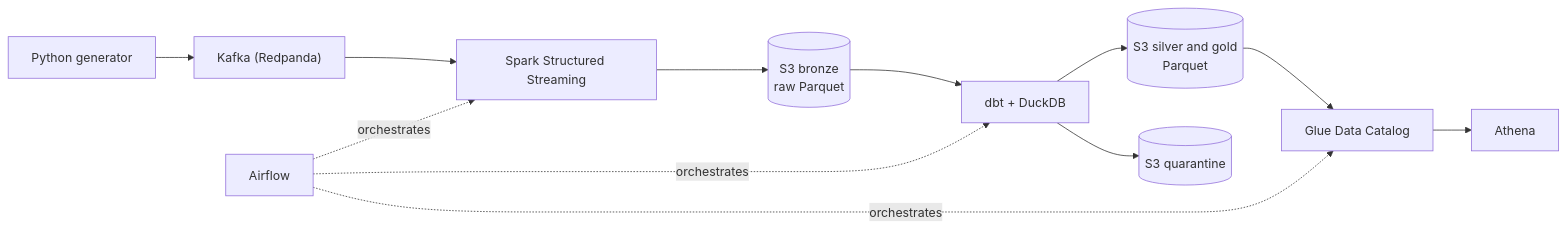
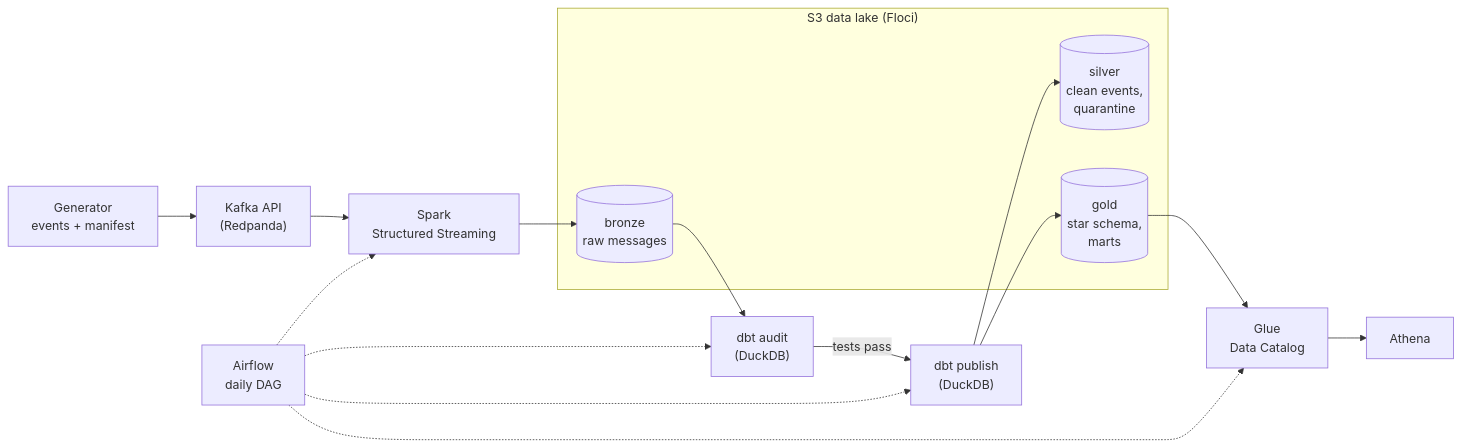
One commit to Plouplou37/sme-finance-lakehouse changed the diagram in README.md. Above: the diagram before and after it, drawn with Mermaid. The commit also changed other lines of this file, not shown here.

````diff
--- a/README.md
+++ b/README.md
@@ -16,14 +34,18 @@
 ```mermaid
 flowchart LR
-    G["Python generator"] --> K["Kafka (Redpanda)"]
-    K --> S["Spark Structured Streaming"]
-    S --> B[("S3 bronze<br/>raw Parquet")]
-    B --> D["dbt + DuckDB"]
-    D --> SG[("S3 silver and gold<br/>Parquet")]
-    D --> Q[("S3 quarantine")]
-    SG --> C["Glue Data Catalog"]
-    C --> A["Athena"]
-    AF["Airflow"] -. orchestrates .-> S
-    AF -. orchestrates .-> D
-    AF -. orchestrates .-> C
+    G["Generator<br/>events + manifest"] --> K["Kafka API<br/>(Redpanda)"]
+    K --> S["Spark<br/>Structured Streaming"]
+    subgraph LAKE ["S3 data lake (Floci)"]
+        B[("bronze<br/>raw messages")]
+        SV[("silver<br/>clean events,<br/>quarantine")]
+        GD[("gold<br/>star schema,<br/>marts")]
+    end
+    S --> B
+    B --> AU["dbt audit<br/>(DuckDB)"]
+    AU -- "tests pass" --> PU["dbt publish<br/>(DuckDB)"]
+    PU --> SV
+    PU --> GD
+    GD --> GL["Glue<br/>Data Catalog"]
+    GL --> AT["Athena"]
+    AF["Airflow<br/>daily DAG"] -.-> S & AU & PU & GL
 ```
````
